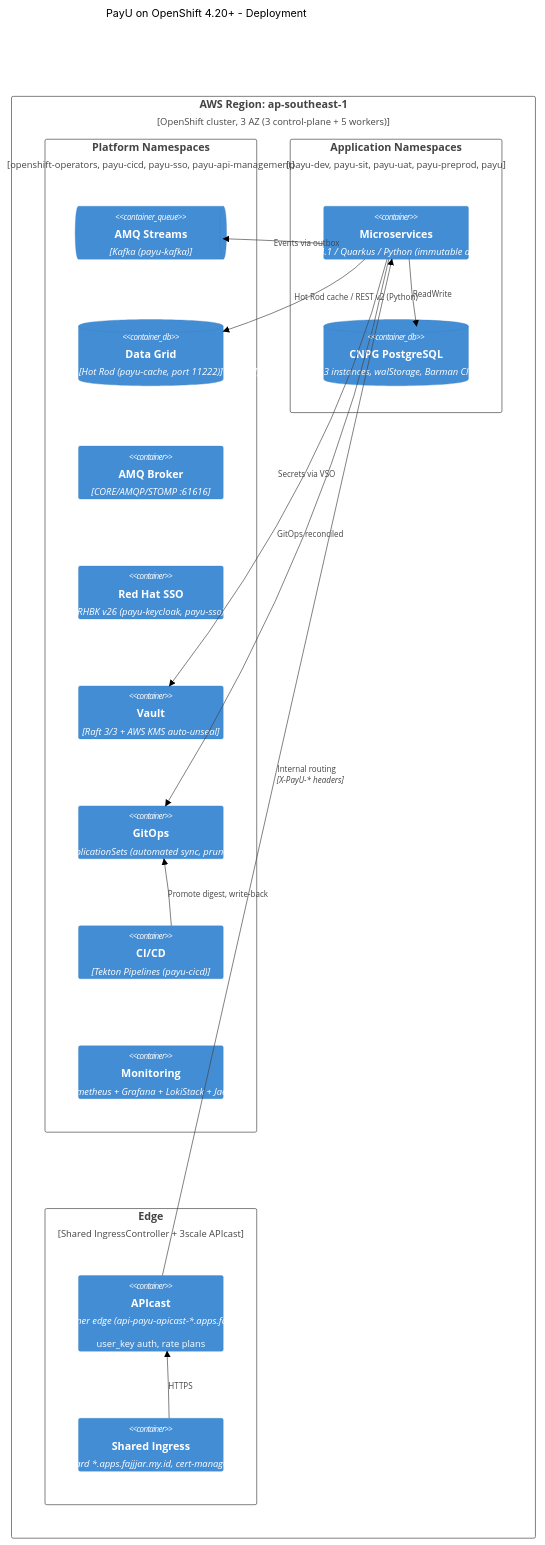
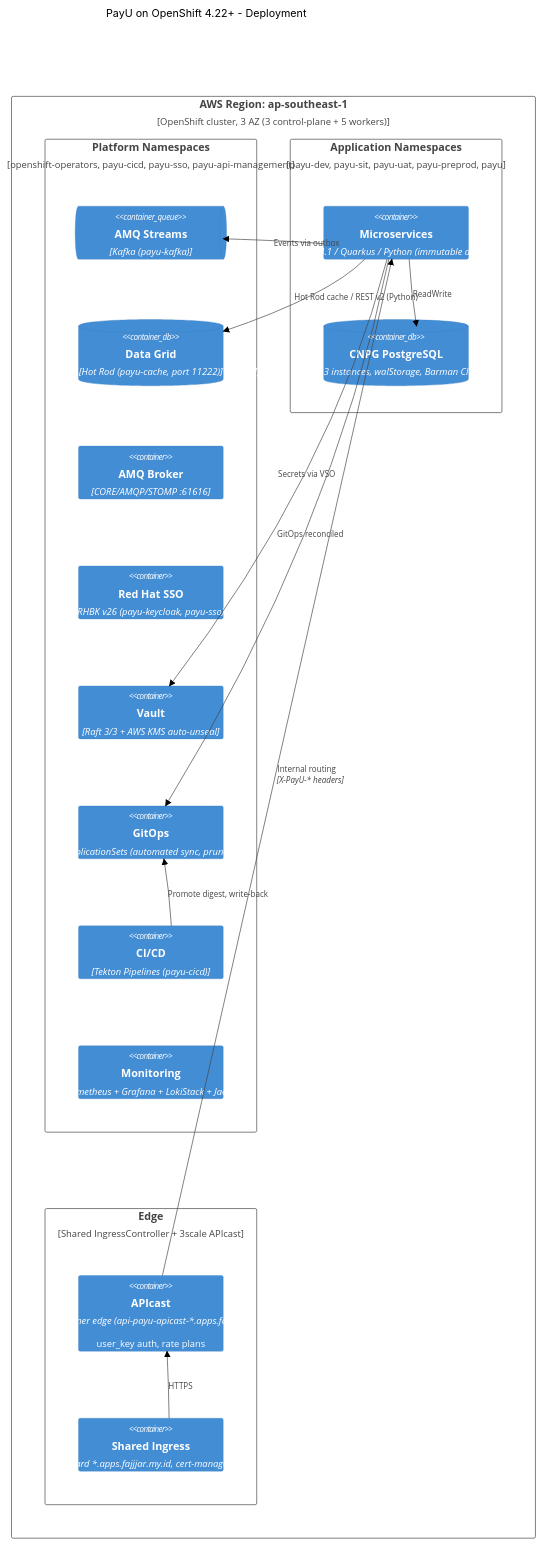
The tenth of 12 diagrams in docs/architecture/ARCHITECTURE.md (fajjarnr/payu), drawn with Mermaid (neutral theme) before and after one commit. The commit also changed other lines of this file and 28 other files, not shown here.

First line of the commit message:
docs(platform): bump baseline to OpenShift 4.22+ (ADR-0069)

````diff
--- a/docs/architecture/ARCHITECTURE.md
+++ b/docs/architecture/ARCHITECTURE.md
@@ -1371,37 +1371,37 @@
 ```mermaid
 C4Deployment
-  title PayU on OpenShift 4.20+ - Deployment
+  title PayU on OpenShift 4.22+ - Deployment
 
   Deployment_Node(aws_region, "AWS Region: ap-southeast-1", "OpenShift cluster, 3 AZ (3 control-plane + 5 workers)") {
 
     Deployment_Node(platform_ns, "Platform Namespaces", "openshift-operators, payu-cicd, payu-sso, payu-api-management") {
       ContainerQueue(kafka_cluster, "AMQ Streams", "Kafka (payu-kafka)")
       ContainerDb(data_grid, "Data Grid", "Hot Rod (payu-cache, port 11222)")
       Container(amq, "AMQ Broker", "CORE/AMQP/STOMP :61616")
       Container(sso_cluster, "Red Hat SSO", "RHBK v26 (payu-keycloak, payu-sso)")
       Container(vault, "Vault", "Raft 3/3 + AWS KMS auto-unseal")
       Container(gitops, "GitOps", "ArgoCD ApplicationSets (automated sync, prune, self-heal)")
       Container(tekton, "CI/CD", "Tekton Pipelines (payu-cicd)")
       Container(monitoring, "Monitoring", "Prometheus + Grafana + LokiStack + Jaeger")
     }
 
     Deployment_Node(app_ns, "Application Namespaces", "payu-dev, payu-sit, payu-uat, payu-preprod, payu") {
       Container(workloads, "Microservices", "Spring Boot 4.1 / Quarkus / Python (immutable digest images)")
       ContainerDb(cnpg, "CNPG PostgreSQL", "payu-database, 3 instances, walStorage, Barman Cloud backup (S3)")
     }
 
     Deployment_Node(edge, "Edge", "Shared IngressController + 3scale APIcast") {
       Container(apicast, "APIcast", "Public partner edge (api-payu-apicast-*.apps.fajjjar.my.id)", "user_key auth, rate plans")
       Container(ingress, "Shared Ingress", "wildcard *.apps.fajjjar.my.id, cert-manager TLS")
     }
   }
 
   Rel(apicast, workloads, "Internal routing", "X-PayU-* headers")
   Rel(workloads, cnpg, "ReadWrite")
   Rel(workloads, kafka_cluster, "Events via outbox")
   Rel(workloads, data_grid, "Hot Rod cache / REST v2 (Python)")
   Rel(workloads, vault, "Secrets via VSO")
   Rel(workloads, gitops, "GitOps reconciled")
   Rel(tekton, gitops, "Promote digest, write-back")
   Rel(ingress, apicast, "HTTPS")
 ```
````
